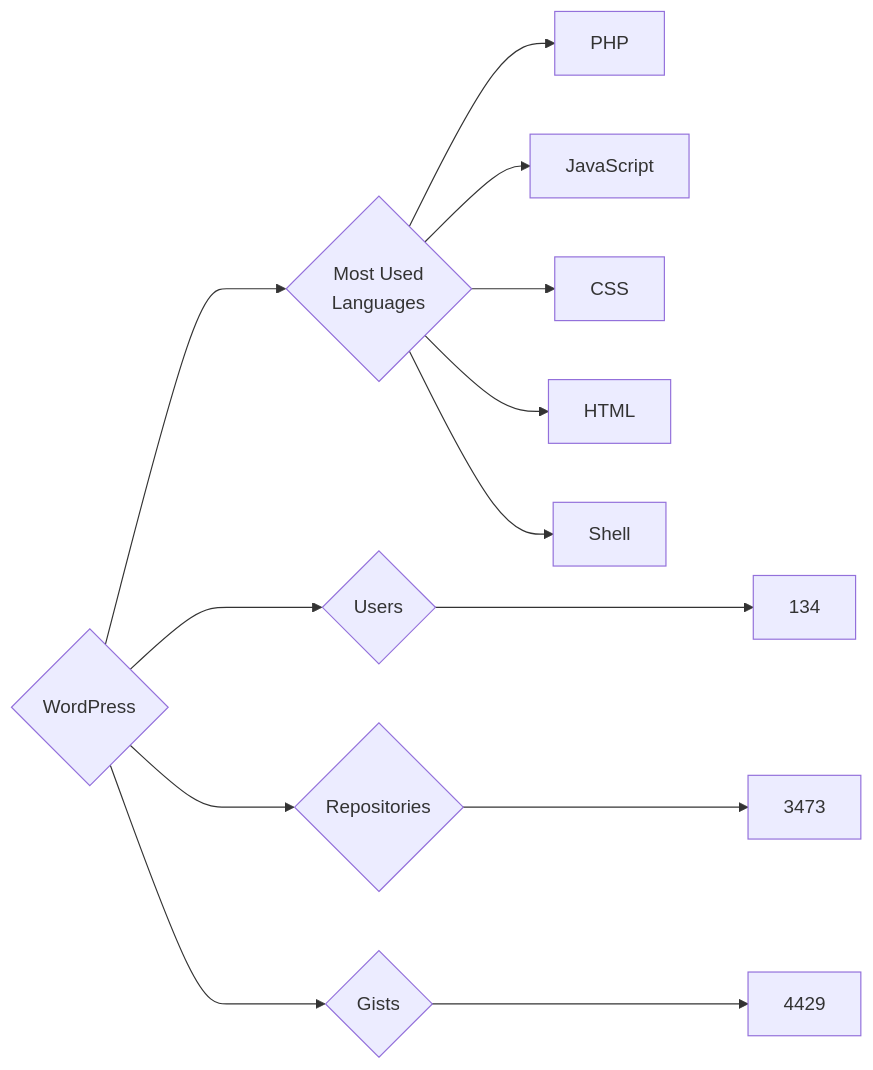
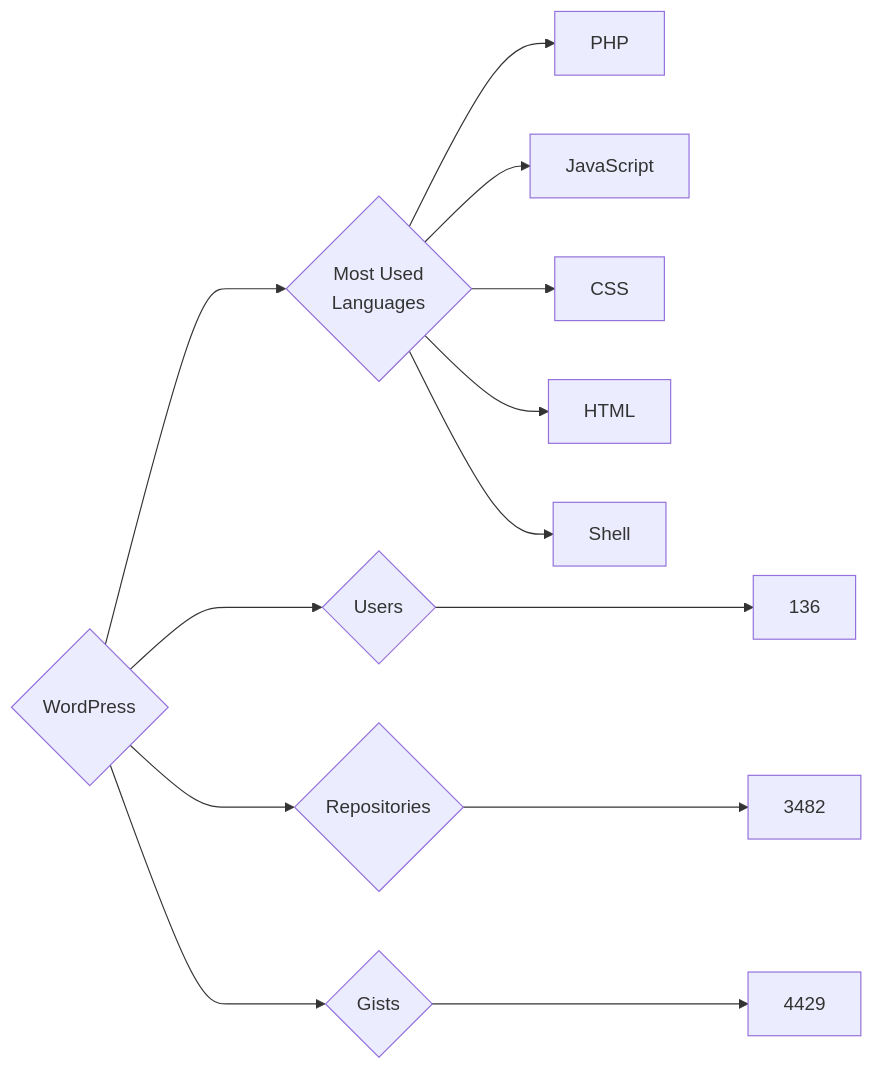
The diagram in targets/WordPress/README.md (trickest/insiders), drawn with Mermaid before and after one commit. The commit also changed 677 other files, not shown here.

````diff
--- a/targets/WordPress/README.md
+++ b/targets/WordPress/README.md
@@ -3,13 +3,13 @@
 ```mermaid
 graph LR
 COMPANY_NAME{WordPress}
-COMPANY_NAME ---> U{Users} ---> UN[134]
-COMPANY_NAME ---> R{Repositories} ---> RN[3473]
+COMPANY_NAME ---> U{Users} ---> UN[136]
+COMPANY_NAME ---> R{Repositories} ---> RN[3482]
 COMPANY_NAME ---> G{Gists} ---> GN[4429]
 COMPANY_NAME ---> ML{Most Used<br>Languages}
 ML --> PHP[PHP]
 ML --> JavaScript[JavaScript]
 ML --> CSS[CSS]
 ML --> HTML[HTML]
 ML --> Shell[Shell]
 ```
````
